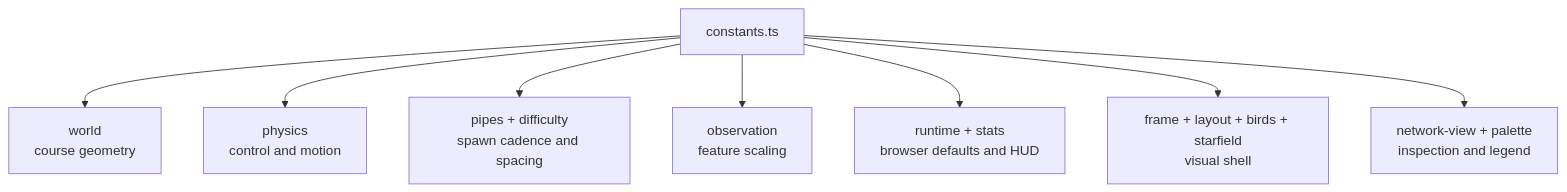
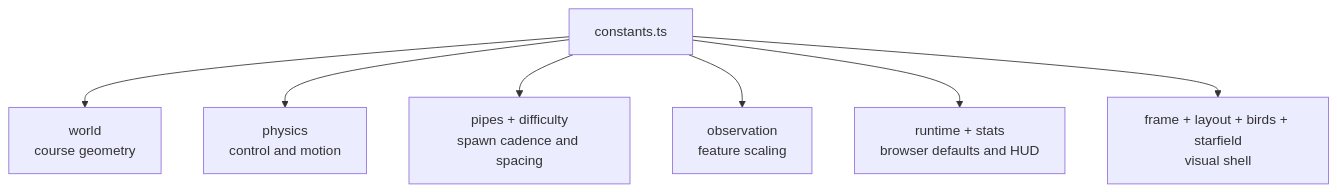
Before and after one commit to reicek/NeatapticTS: the diagram in examples/flappy_bird/constants/README.md, drawn with Mermaid. The commit also changed other lines of this file and 122 other files, not shown here.

````diff
--- a/examples/flappy_bird/constants/README.md
+++ b/examples/flappy_bird/constants/README.md
@@ -33,10 +33,9 @@
 ```mermaid
 flowchart TB
     Constants["constants.ts"] --> World["world\ncourse geometry"]
     Constants --> Physics["physics\ncontrol and motion"]
     Constants --> Pipes["pipes + difficulty\nspawn cadence and spacing"]
     Constants --> Observation["observation\nfeature scaling"]
     Constants --> Runtime["runtime + stats\nbrowser defaults and HUD"]
     Constants --> Rendering["frame + layout + birds + starfield\nvisual shell"]
-    Constants --> NetworkView["network-view + palette\ninspection and legend"]
 ```
````
